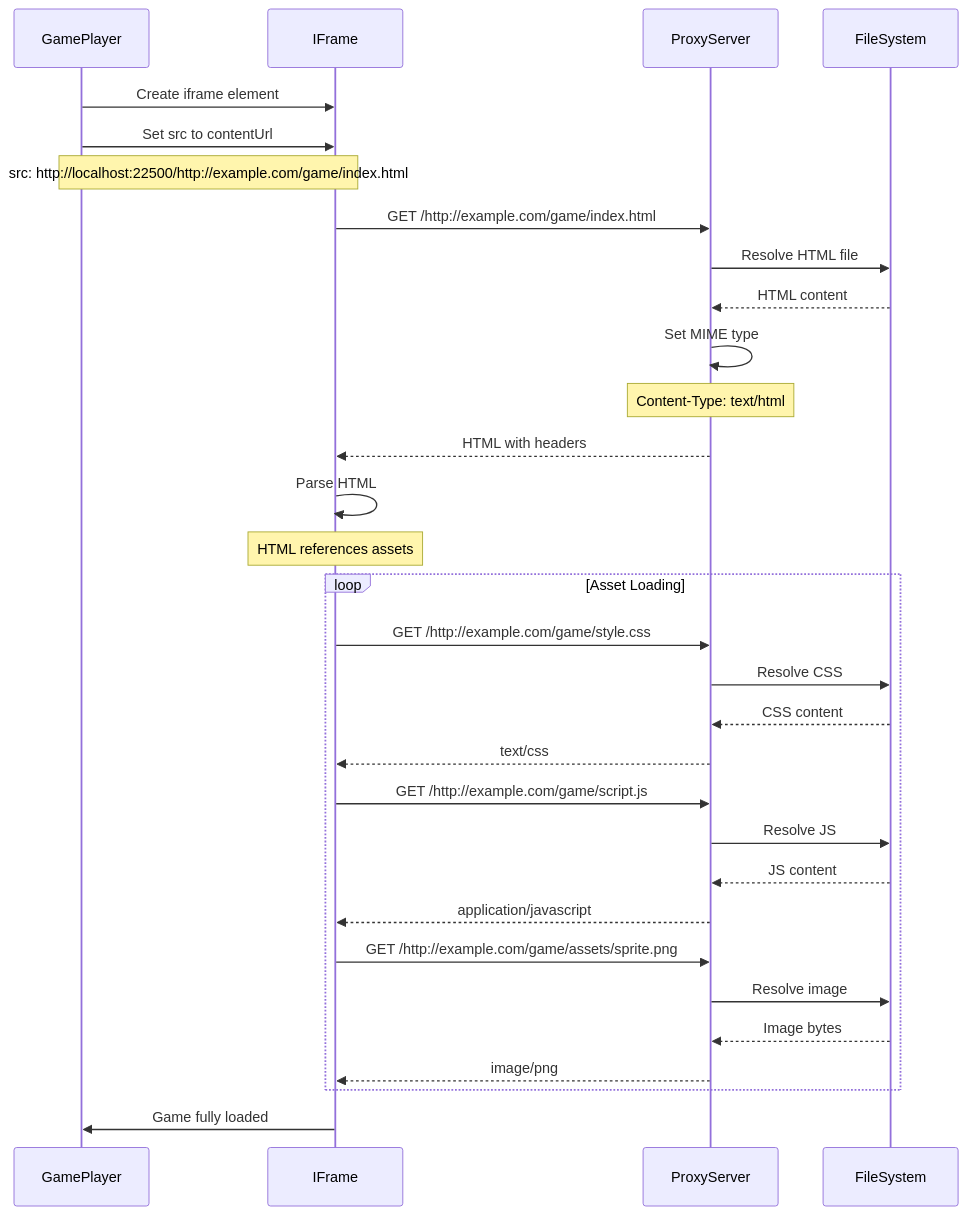
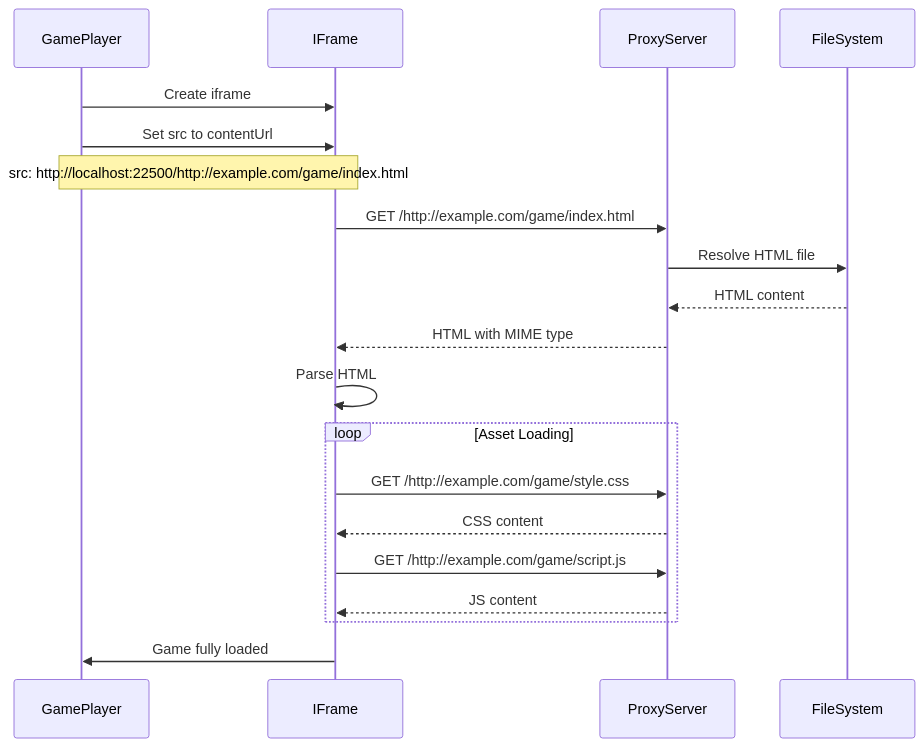
The fifth of 6 diagrams in docs/02-architecture/game-launch-flow.md (darkraise/flashpoint-web), drawn with Mermaid before and after one commit. The commit also changed other lines of this file and 98 other files, not shown here.

````diff
--- a/docs/02-architecture/game-launch-flow.md
+++ b/docs/02-architecture/game-launch-flow.md
@@ -323,42 +249,27 @@
 ```mermaid
 sequenceDiagram
     participant GamePlayer
     participant IFrame
     participant ProxyServer
     participant FileSystem
 
-    GamePlayer->>IFrame: Create iframe element
+    GamePlayer->>IFrame: Create iframe
     GamePlayer->>IFrame: Set src to contentUrl
     Note over GamePlayer,IFrame: src: http://localhost:22500/http://example.com/game/index.html
 
     IFrame->>ProxyServer: GET /http://example.com/game/index.html
     ProxyServer->>FileSystem: Resolve HTML file
     FileSystem-->>ProxyServer: HTML content
 
-    ProxyServer->>ProxyServer: Set MIME type
-    Note over ProxyServer: Content-Type: text/html
-
-    ProxyServer-->>IFrame: HTML with headers
+    ProxyServer-->>IFrame: HTML with MIME type
     IFrame->>IFrame: Parse HTML
-
-    Note over IFrame: HTML references assets
 
     loop Asset Loading
         IFrame->>ProxyServer: GET /http://example.com/game/style.css
-        ProxyServer->>FileSystem: Resolve CSS
-        FileSystem-->>ProxyServer: CSS content
-        ProxyServer-->>IFrame: text/css
-
+        ProxyServer-->>IFrame: CSS content
         IFrame->>ProxyServer: GET /http://example.com/game/script.js
-        ProxyServer->>FileSystem: Resolve JS
-        FileSystem-->>ProxyServer: JS content
-        ProxyServer-->>IFrame: application/javascript
-
-        IFrame->>ProxyServer: GET /http://example.com/game/assets/sprite.png
-        ProxyServer->>FileSystem: Resolve image
-        FileSystem-->>ProxyServer: Image bytes
-        ProxyServer-->>IFrame: image/png
+        ProxyServer-->>IFrame: JS content
     end
 
     IFrame->>GamePlayer: Game fully loaded
 ```
````
